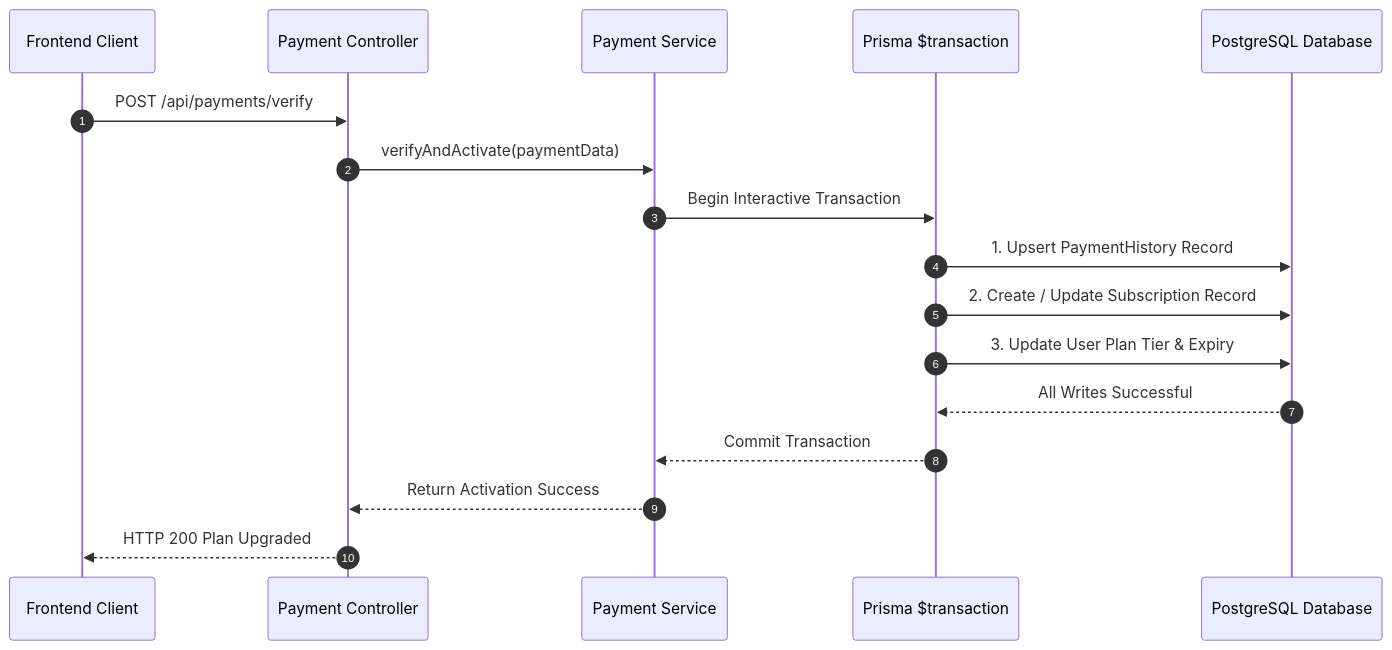
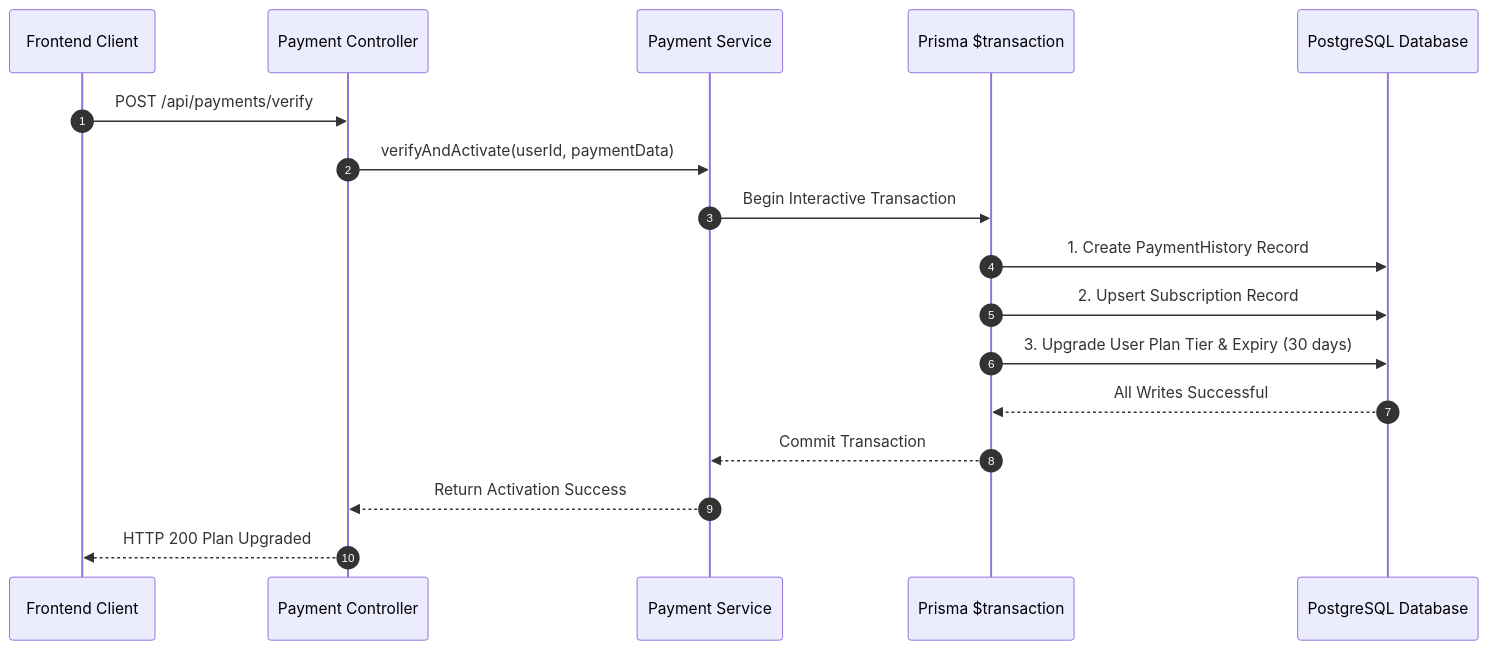
One commit to ItsAbhishekkashyap/gridsense_server changed the fourth of 4 diagrams in README.md. Above: the diagram before and after it, drawn with Mermaid. The commit also changed other lines of this file, not shown here.

````diff
--- a/README.md
+++ b/README.md
@@ -117,20 +157,20 @@
 ```mermaid
 sequenceDiagram
     autonumber
     participant Client as Frontend Client
     participant Controller as Payment Controller
     participant Service as Payment Service
     participant Tx as Prisma $transaction
     participant DB as PostgreSQL Database
 
     Client->>Controller: POST /api/payments/verify
-    Controller->>Service: verifyAndActivate(paymentData)
+    Controller->>Service: verifyAndActivate(userId, paymentData)
     Service->>Tx: Begin Interactive Transaction
-    Tx->>DB: 1. Upsert PaymentHistory Record
-    Tx->>DB: 2. Create / Update Subscription Record
-    Tx->>DB: 3. Update User Plan Tier & Expiry
+    Tx->>DB: 1. Create PaymentHistory Record
+    Tx->>DB: 2. Upsert Subscription Record
+    Tx->>DB: 3. Upgrade User Plan Tier & Expiry (30 days)
     DB-->>Tx: All Writes Successful
     Tx-->>Service: Commit Transaction
     Service-->>Controller: Return Activation Success
     Controller-->>Client: HTTP 200 Plan Upgraded
 ```
````
